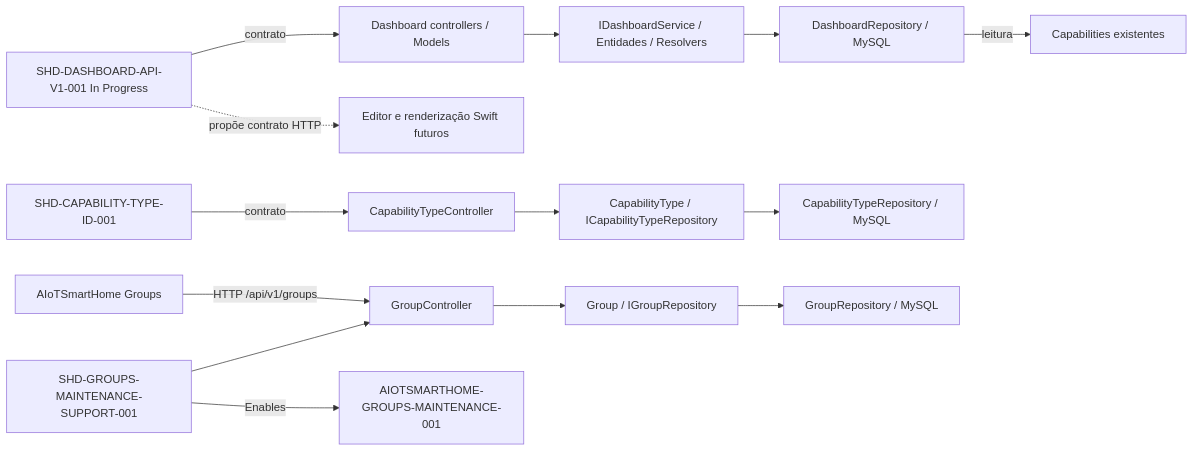
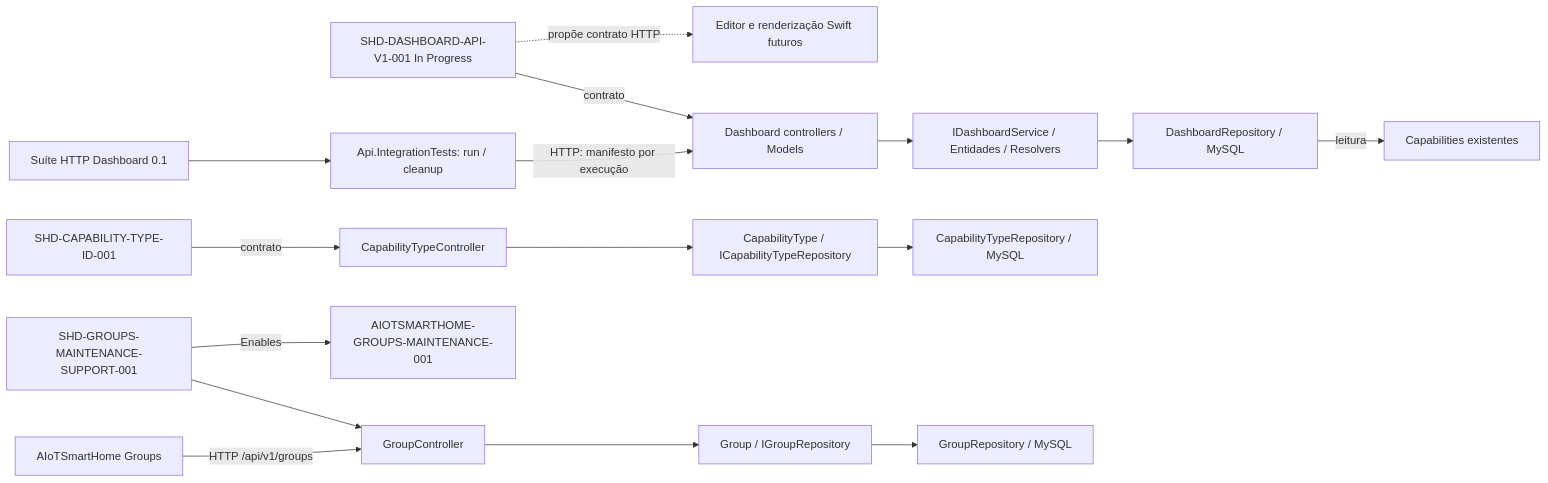
Before and after one commit to iotsmartsys/SmartHome-DeviceApi: the diagram in docs/rfc/KNOWLEDGE-MAP.md, drawn with Mermaid. The commit also changed other lines of this file and 16 other files, not shown here.

Commit message:
test: add dashboard HTTP suite with independent API cleanup

````diff
--- a/docs/rfc/KNOWLEDGE-MAP.md
+++ b/docs/rfc/KNOWLEDGE-MAP.md
@@ -68,16 +70,18 @@
 ```mermaid
 flowchart LR
     DASHSPEC[SHD-DASHBOARD-API-V1-001 In Progress] -->|contrato| DASHAPI[Dashboard controllers / Models]
+    DASHTESTSPEC[Suíte HTTP Dashboard 0.1] --> DASHTEST[Api.IntegrationTests: run / cleanup]
+    DASHTEST -->|HTTP: manifesto por execução| DASHAPI
     DASHAPI --> DASHCORE[IDashboardService / Entidades / Resolvers]
     DASHCORE --> DASHDB[DashboardRepository / MySQL]
     DASHDB -->|leitura| DASHCAP[Capabilities existentes]
     DASHSPEC -.->|propõe contrato HTTP| DASHAPP[Editor e renderização Swift futuros]
     CTSPEC[SHD-CAPABILITY-TYPE-ID-001] -->|contrato| CTAPI[CapabilityTypeController]
     CTAPI --> CTCORE[CapabilityType / ICapabilityTypeRepository]
     CTCORE --> CTDB[CapabilityTypeRepository / MySQL]
     APP[AIoTSmartHome Groups] -->|HTTP /api/v1/groups| API[GroupController]
     SPEC[SHD-GROUPS-MAINTENANCE-SUPPORT-001] --> API
     API --> CORE[Group / IGroupRepository]
     CORE --> DB[GroupRepository / MySQL]
     SPEC -->|Enables| APPSPEC[AIOTSMARTHOME-GROUPS-MAINTENANCE-001]
 ```
````
